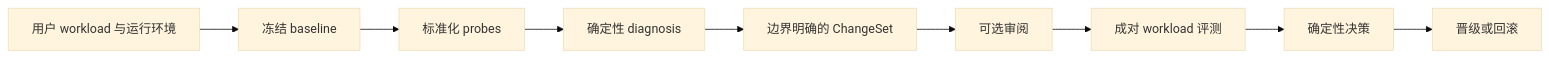
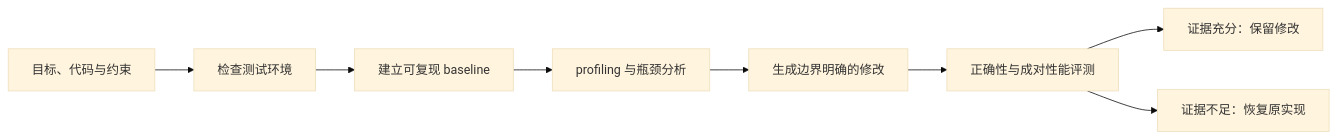
Before and after one commit to troycheng/cuda-optimized-skill: the diagram in README.zh-CN.md, drawn with Mermaid (base theme). The commit also changed other lines of this file and 1 other file, not shown here.

````diff
--- a/README.zh-CN.md
+++ b/README.zh-CN.md
@@ -197,11 +60,10 @@
 ```mermaid
 flowchart LR
-    runtime["用户 workload 与运行环境"] --> baseline["冻结 baseline"]
-    baseline --> probes["标准化 probes"]
-    probes --> diagnosis["确定性 diagnosis"]
-    diagnosis --> change["边界明确的 ChangeSet"]
-    change --> review["可选审阅"]
-    review --> evaluation["成对 workload 评测"]
-    evaluation --> workload_decision["确定性决策"]
-    workload_decision --> promote_or_rollback["晋级或回滚"]
+    goal["目标、代码与约束"] --> environment["检查测试环境"]
+    environment --> baseline["建立可复现 baseline"]
+    baseline --> profiling["profiling 与瓶颈分析"]
+    profiling --> change["生成边界明确的修改"]
+    change --> evaluation["正确性与成对性能评测"]
+    evaluation --> keep["证据充分：保留修改"]
+    evaluation --> restore["证据不足：恢复原实现"]
 ```
````
